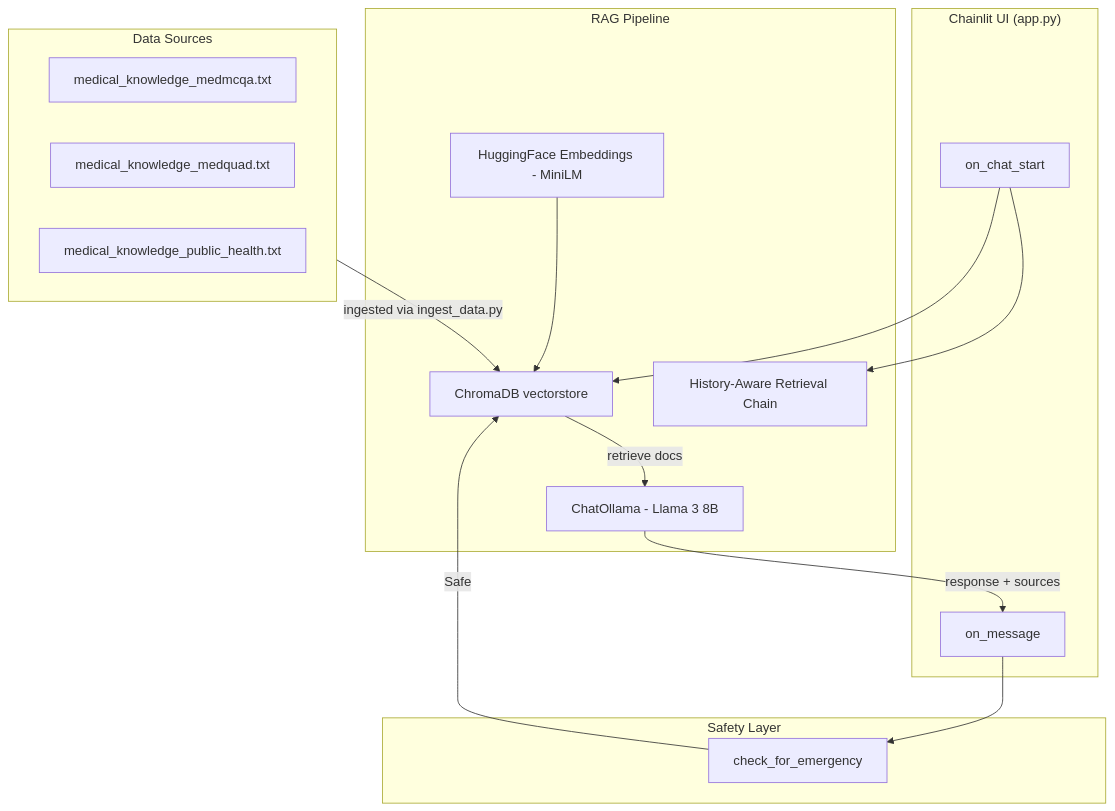
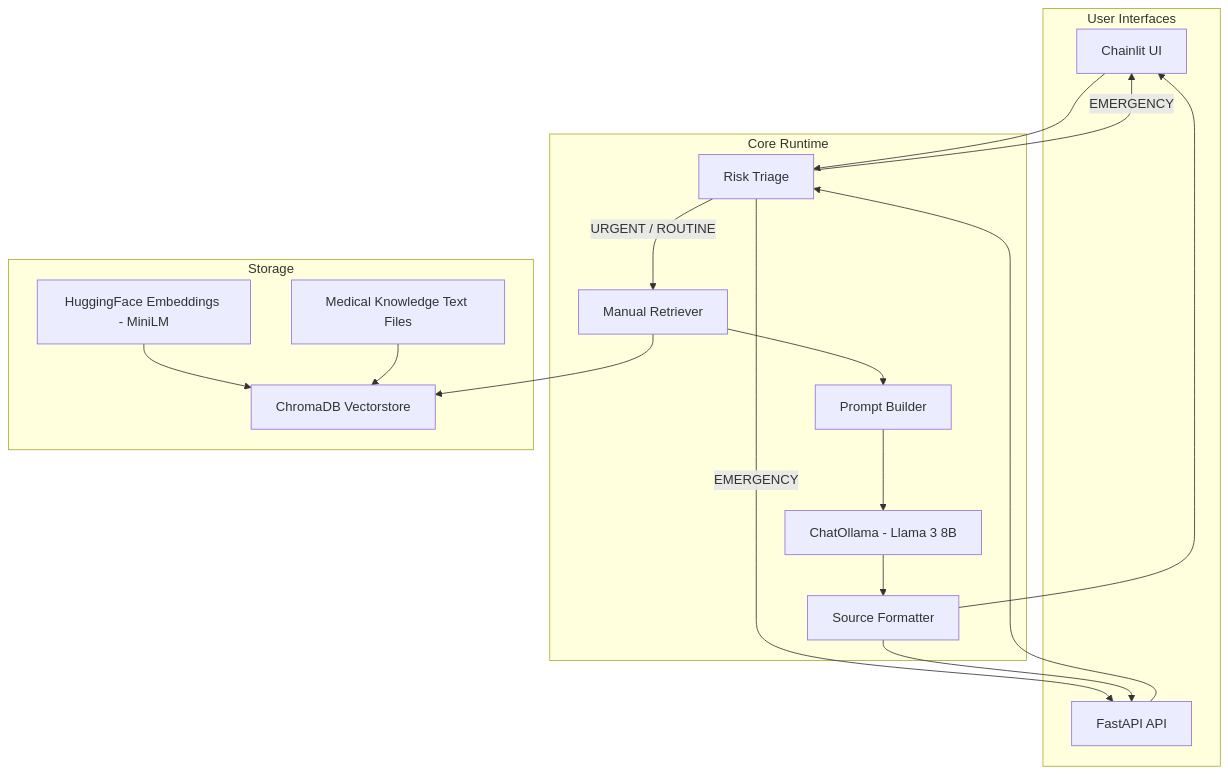
The diagram in docs/ARCHITECTURE_WALKTHROUGH.md (Mohamedykaa/AI-Healthcare-Chatbot), drawn with Mermaid before and after one commit. The commit also changed other lines of this file and 26 other files, not shown here.

First line of the commit message:
feat: Triage pipeline hardening, clinical evaluation scenarios, and demo flow overhaul

````diff
--- a/docs/ARCHITECTURE_WALKTHROUGH.md
+++ b/docs/ARCHITECTURE_WALKTHROUGH.md
@@ -16,33 +16,35 @@
 ```mermaid
 flowchart TB
-    subgraph Chainlit ["Chainlit UI (app.py)"]
-        Start[on_chat_start]
-        Msg[on_message]
+    subgraph UI ["User Interfaces"]
+        Chainlit[Chainlit UI]
+        API[FastAPI API]
     end
 
-    subgraph RAG ["RAG Pipeline"]
+    subgraph Core ["Core Runtime"]
+        Risk[Risk Triage]
+        Retrieve[Manual Retriever]
+        Prompt[Prompt Builder]
         LLM[ChatOllama - Llama 3 8B]
-        Embed[HuggingFace Embeddings - MiniLM]
-        VS[ChromaDB vectorstore]
-        Chain[History-Aware Retrieval Chain]
+        Format[Source Formatter]
     end
 
-    subgraph Safety ["Safety Layer"]
-        Emerg[check_for_emergency]
+    subgraph Storage ["Storage"]
+        Embed[HuggingFace Embeddings - MiniLM]
+        VS[ChromaDB Vectorstore]
+        Files[Medical Knowledge Text Files]
     end
 
-    subgraph Data ["Data Sources"]
-        MK1[medical_knowledge_medmcqa.txt]
-        MK2[medical_knowledge_medquad.txt]
-        MK3[medical_knowledge_public_health.txt]
-    end
-
-    Start --> VS
-    Start --> Chain
-    Msg --> Emerg
-    Emerg -->|Safe| VS
-    VS -->|retrieve docs| LLM
-    LLM -->|response + sources| Msg
+    Chainlit --> Risk
+    API --> Risk
+    Risk -->|URGENT / ROUTINE| Retrieve
+    Risk -->|EMERGENCY| Chainlit
+    Risk -->|EMERGENCY| API
+    Retrieve --> VS
     Embed --> VS
-    Data -->|ingested via ingest_data.py| VS
+    Files --> VS
+    Retrieve --> Prompt
+    Prompt --> LLM
+    LLM --> Format
+    Format --> Chainlit
+    Format --> API
 ```
````
